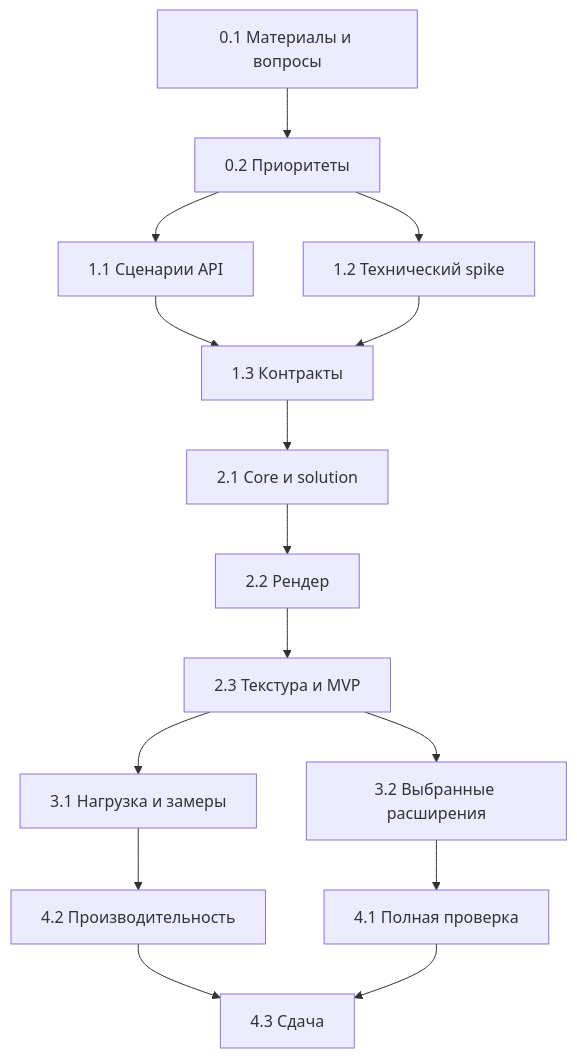
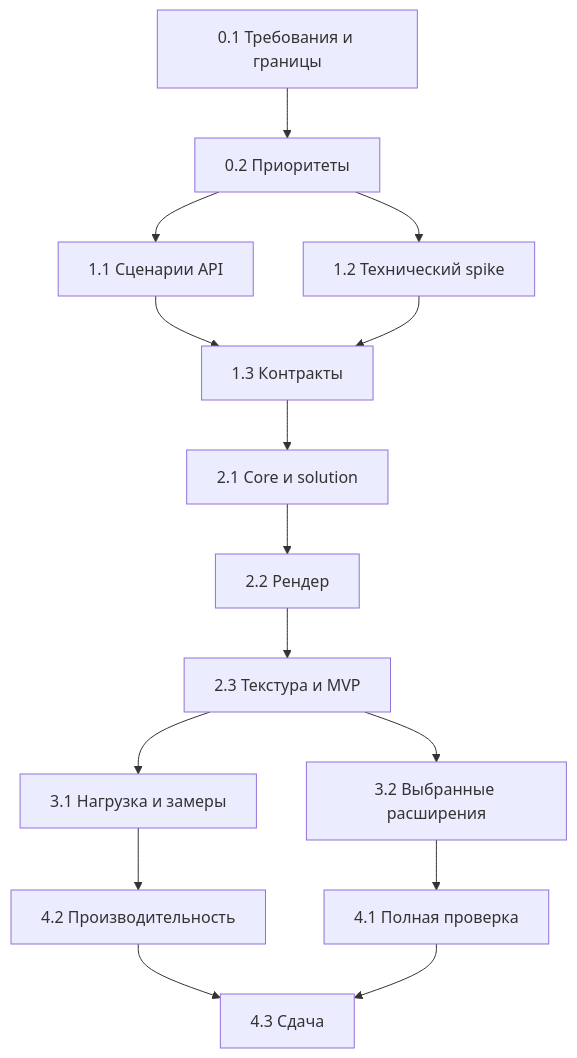
One commit to alken1t15/simple-3d-engine changed the second of 2 diagrams in project_plan.md. Above: the diagram before and after it, drawn with Mermaid. The commit also changed other lines of this file and 7 other files, not shown here.

````diff
--- a/project_plan.md
+++ b/project_plan.md
@@ -392,17 +377,17 @@
 ```mermaid
 flowchart TD
-    A[0.1 Материалы и вопросы] --> B[0.2 Приоритеты]
+    A[0.1 Требования и границы] --> B[0.2 Приоритеты]
     B --> C[1.1 Сценарии API]
     B --> D[1.2 Технический spike]
     C --> E[1.3 Контракты]
     D --> E
     E --> F[2.1 Core и solution]
     F --> G[2.2 Рендер]
     G --> H[2.3 Текстура и MVP]
     H --> I[3.1 Нагрузка и замеры]
     H --> J[3.2 Выбранные расширения]
     I --> K[4.2 Производительность]
     J --> L[4.1 Полная проверка]
     K --> M[4.3 Сдача]
     L --> M
 ```
````
